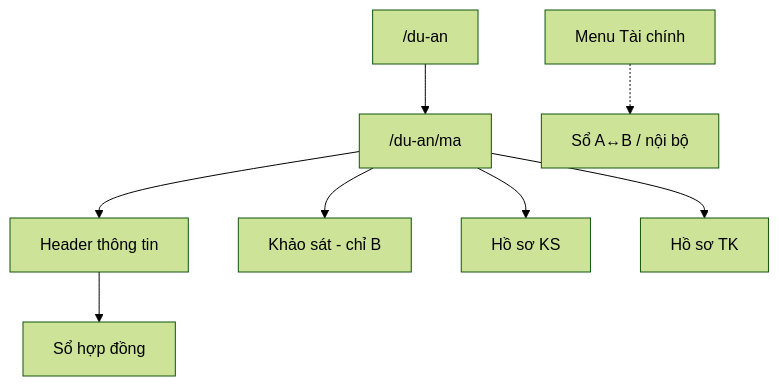
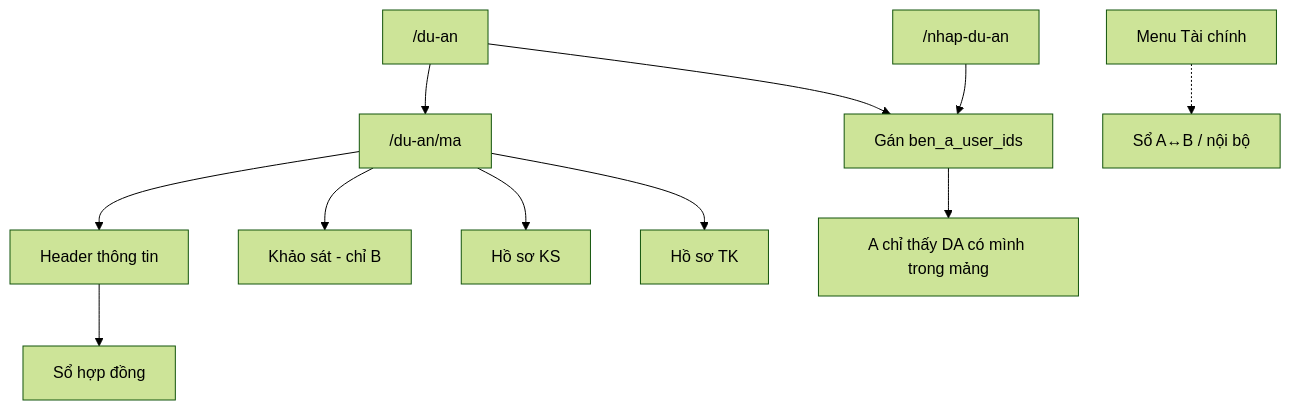
The diagram in workflows/02_du_an.md (iSurvey86/outsource), drawn with Mermaid (forest theme) before and after one commit. The commit also changed other lines of this file and 50 other files, not shown here.

````diff
--- a/workflows/02_du_an.md
+++ b/workflows/02_du_an.md
@@ -19,10 +29,13 @@
 ```mermaid
 flowchart TD
   Catalog["/du-an"] --> WS["/du-an/ma"]
+  Catalog --> GanA[Gán ben_a_user_ids]
+  Nhap["/nhap-du-an"] --> GanA
+  GanA --> Filter[A chỉ thấy DA có mình trong mảng]
   WS --> Info[Header thông tin]
   Info --> SoHD[Sổ hợp đồng]
   WS --> KS[Khảo sát - chỉ B]
   WS --> HS_KS[Hồ sơ KS]
   WS --> HS_TK[Hồ sơ TK]
   MenuTC[Menu Tài chính] -.-> TC[Sổ A↔B / nội bộ]
 ```
````
